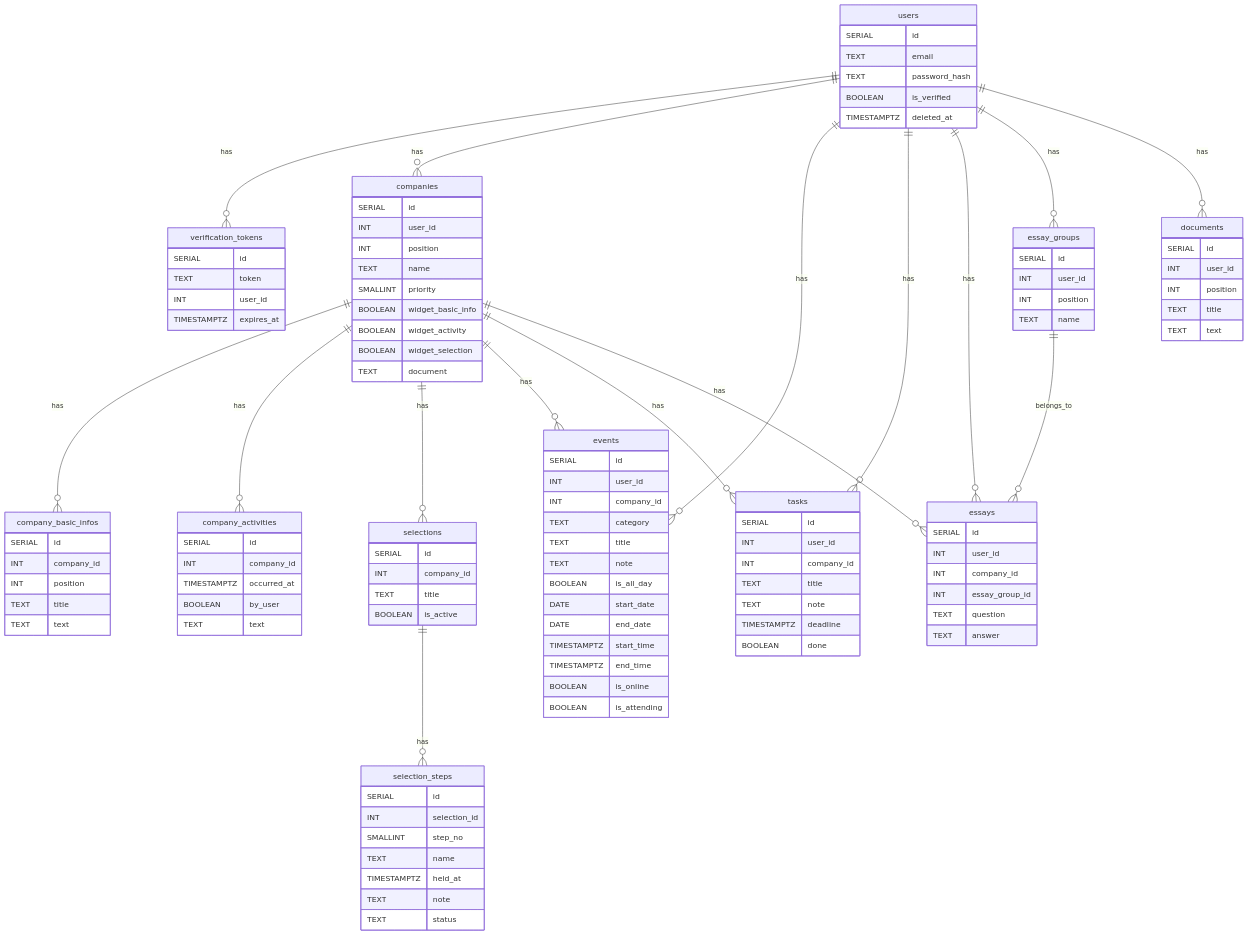
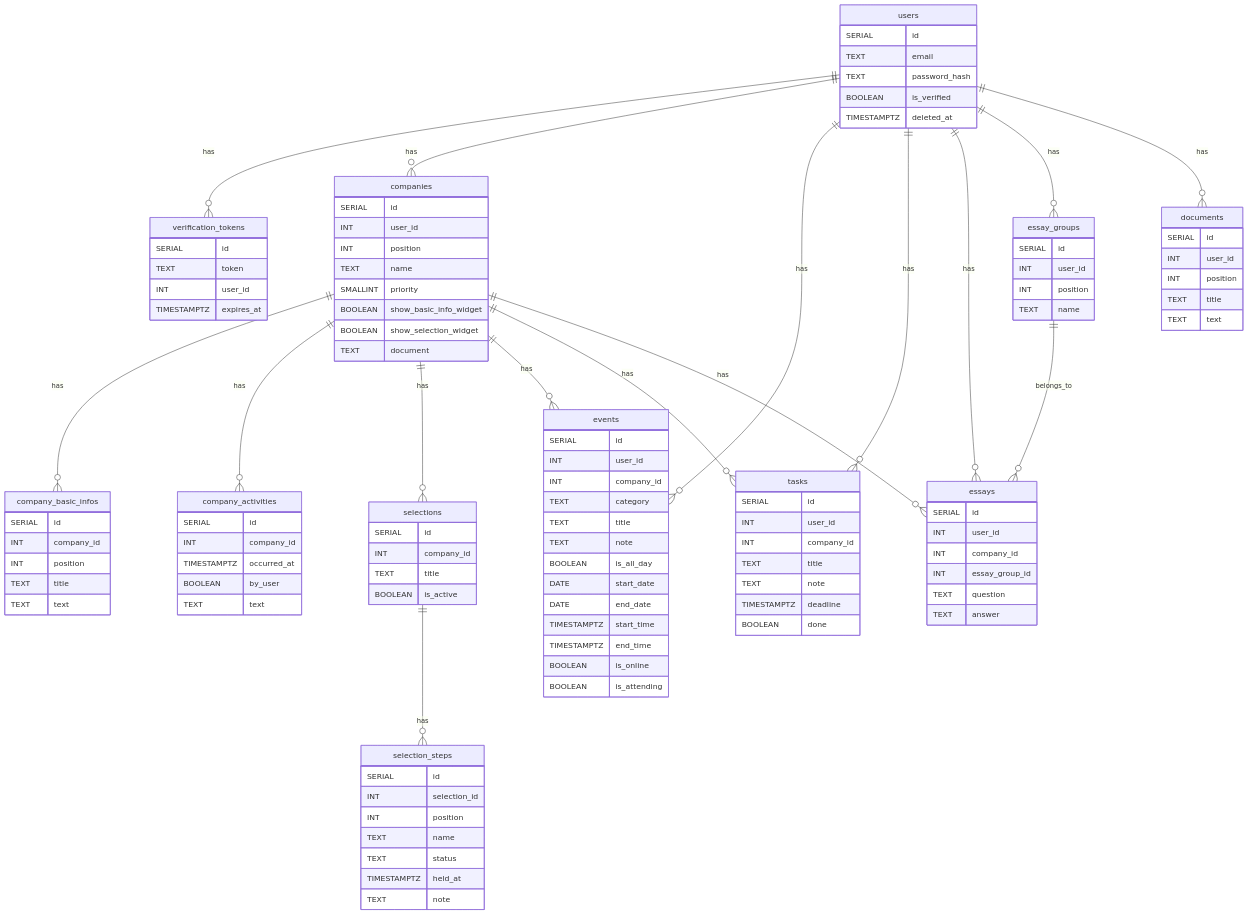
The diagram in docs/db-design.md (kotonekanno/job-hunt-workspace), drawn with Mermaid before and after one commit. The commit also changed other lines of this file and 4 other files, not shown here.

```diff
--- a/docs/db-design.md
+++ b/docs/db-design.md
@@ -56,9 +56,8 @@
     INT position
     TEXT name
     SMALLINT priority
-    BOOLEAN widget_basic_info
-    BOOLEAN widget_activity
-    BOOLEAN widget_selection
+    BOOLEAN show_basic_info_widget
+    BOOLEAN show_selection_widget
     TEXT document
   }
 
@@ -88,11 +87,11 @@
   selection_steps {
     SERIAL id
     INT selection_id
-    SMALLINT step_no
+    INT position
     TEXT name
+    TEXT status
     TIMESTAMPTZ held_at
     TEXT note
-    TEXT status
   }
 
   events {
```
